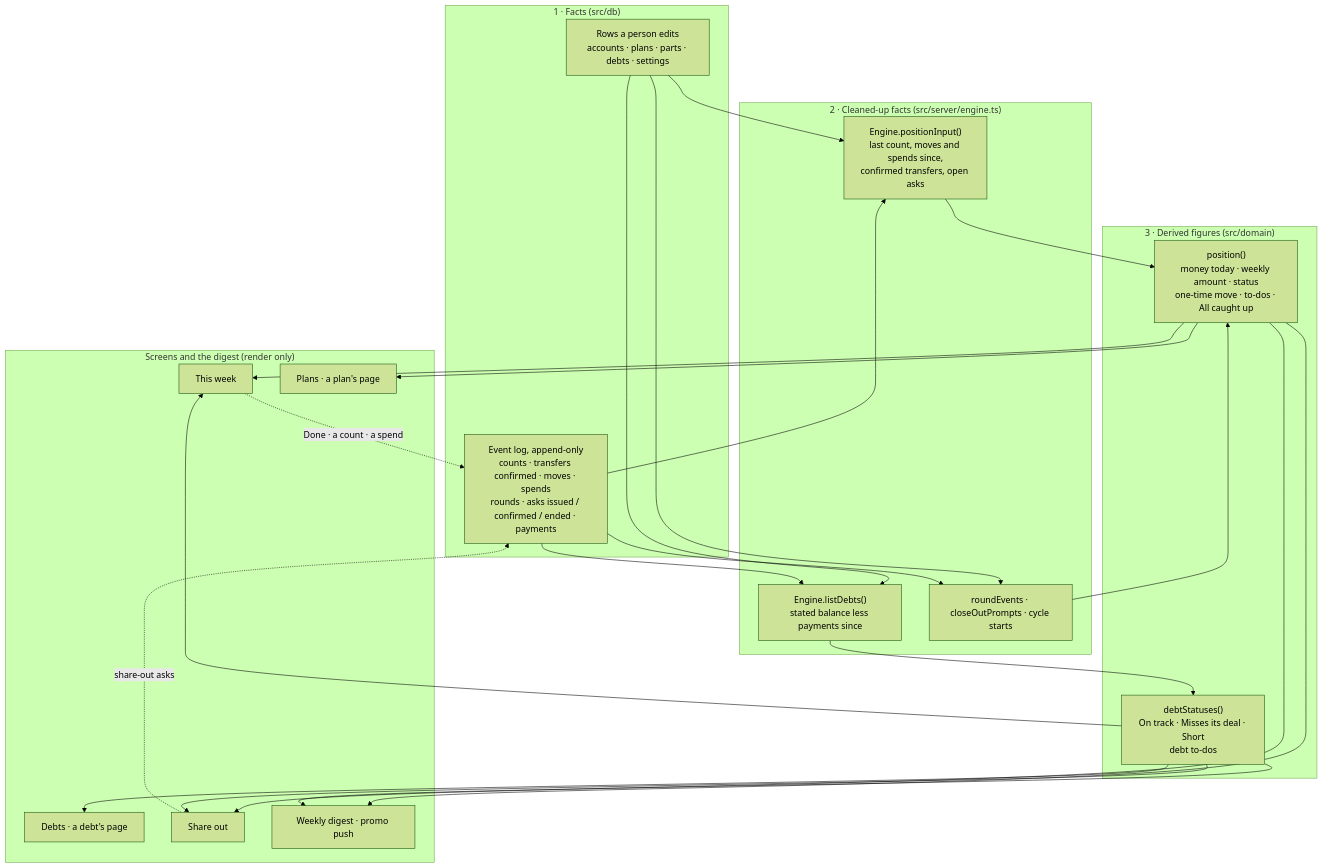
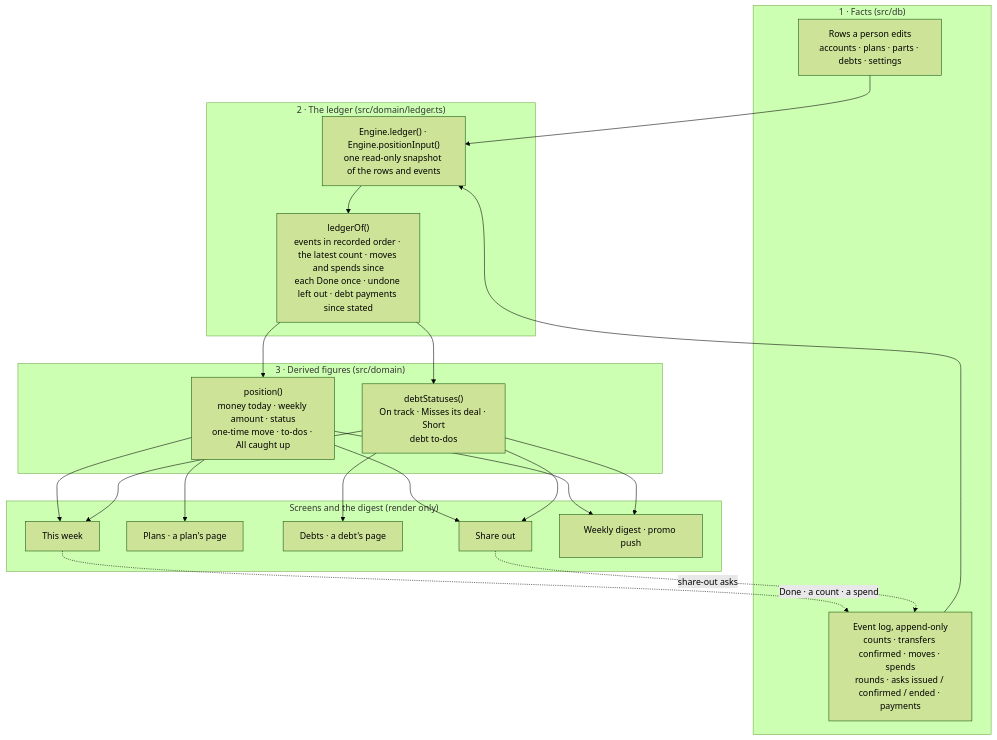
The diagram in docs/data-flow.md (jmorganthall/BallastFinance), drawn with Mermaid (forest theme) before and after one commit. The commit also changed other lines of this file and 6 other files, not shown here.

````diff
--- a/docs/data-flow.md
+++ b/docs/data-flow.md
@@ -13,36 +13,34 @@
 ```mermaid
 flowchart TD
   subgraph L1["1 · Facts (src/db)"]
     rows["Rows a person edits<br/>accounts · plans · parts · debts · settings"]
     log["Event log, append-only<br/>counts · transfers confirmed · moves · spends<br/>rounds · asks issued / confirmed / ended · payments"]
   end
 
-  subgraph L2["2 · Cleaned-up facts (src/server/engine.ts)"]
-    pin["Engine.positionInput()<br/>last count, moves and spends since,<br/>confirmed transfers, open asks"]
-    din["Engine.listDebts()<br/>stated balance less payments since"]
-    rin["roundEvents · closeOutPrompts · cycle starts"]
+  subgraph L2["2 · The ledger (src/domain/ledger.ts)"]
+    read["Engine.ledger() · Engine.positionInput()<br/>one read-only snapshot of the rows and events"]
+    led["ledgerOf()<br/>events in recorded order · the latest count · moves and spends since<br/>each Done once · undone left out · debt payments since stated"]
   end
 
   subgraph L3["3 · Derived figures (src/domain)"]
     pos["position()<br/>money today · weekly amount · status<br/>one-time move · to-dos · All caught up"]
     debt["debtStatuses()<br/>On track · Misses its deal · Short<br/>debt to-dos"]
   end
 
   subgraph UI["Screens and the digest (render only)"]
     home["This week"]
     plans["Plans · a plan's page"]
     debts["Debts · a debt's page"]
     alloc["Share out"]
     digest["Weekly digest · promo push"]
   end
 
-  rows --> pin & din & rin
-  log --> pin & din & rin
-  pin --> pos
-  rin --> pos
-  din --> debt
+  rows --> read
+  log --> read
+  read --> led
+  led --> pos & debt
   pos --> home & plans & alloc & digest
   debt --> home & debts & alloc & digest
   home -. "Done · a count · a spend" .-> log
   alloc -. "share-out asks" .-> log
 ```
````
